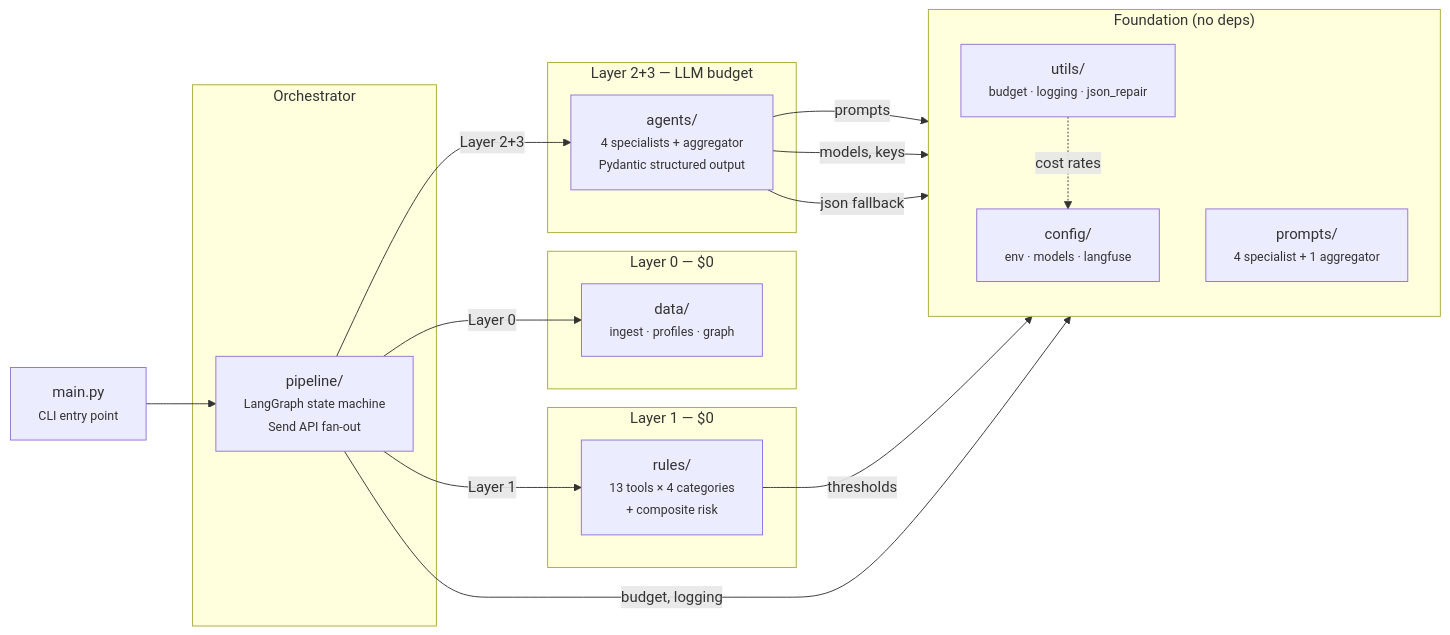
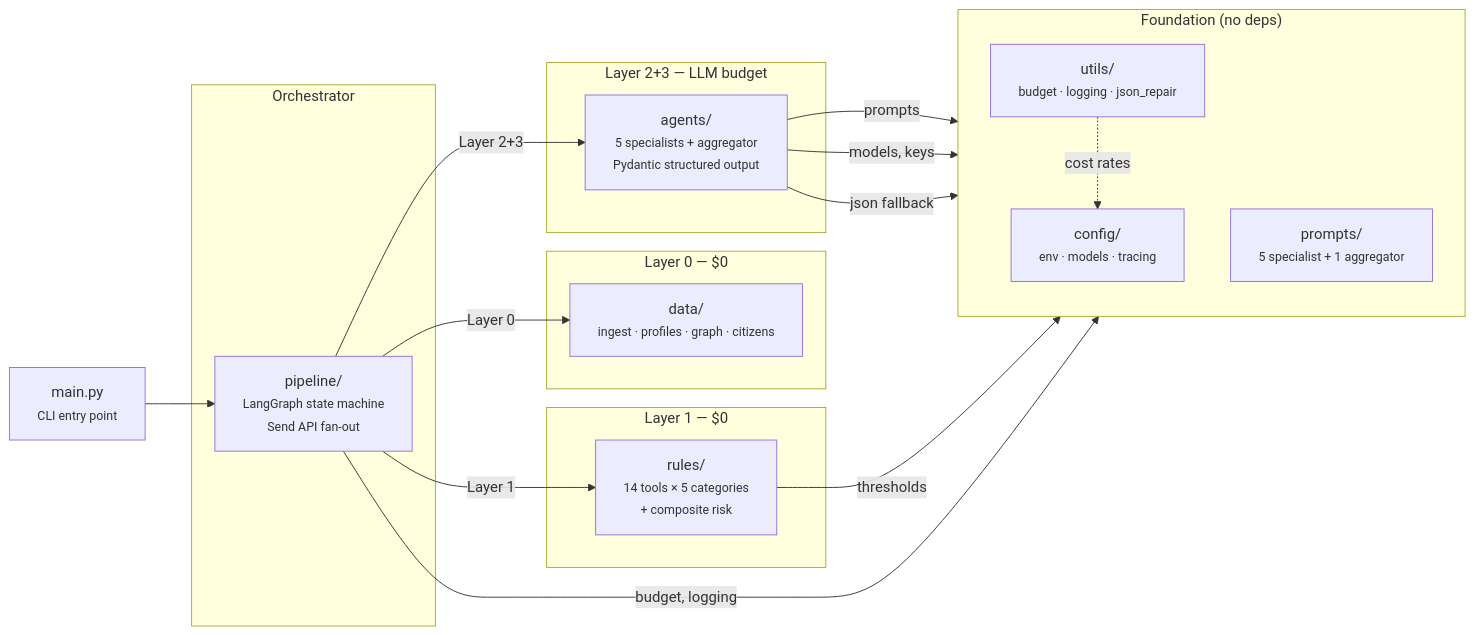
One commit to EthanITA/fraud-detection-hackathon changed the first of 2 diagrams in README.md. Above: the diagram before and after it, drawn with Mermaid. The commit also changed other lines of this file and 15 other files, not shown here.

````diff
--- a/README.md
+++ b/README.md
@@ -127,40 +129,40 @@
 ```mermaid
 flowchart LR
     subgraph foundation ["Foundation (no deps)"]
         direction TB
-        CONFIG["config/\n<small>env · models · langfuse</small>"]
+        CONFIG["config/\n<small>env · models · tracing</small>"]
         UTILS["utils/\n<small>budget · logging · json_repair</small>"]
-        PROMPTS["prompts/\n<small>4 specialist + 1 aggregator</small>"]
+        PROMPTS["prompts/\n<small>5 specialist + 1 aggregator</small>"]
     end
 
     subgraph layer0 ["Layer 0 — $0"]
-        DATA["data/\n<small>ingest · profiles · graph</small>"]
+        DATA["data/\n<small>ingest · profiles · graph · citizens</small>"]
     end
 
     subgraph layer1 ["Layer 1 — $0"]
-        RULES["rules/\n<small>13 tools × 4 categories\n+ composite risk</small>"]
+        RULES["rules/\n<small>14 tools × 5 categories\n+ composite risk</small>"]
     end
 
     subgraph layer23 ["Layer 2+3 — LLM budget"]
-        AGENTS["agents/\n<small>4 specialists + aggregator\nPydantic structured output</small>"]
+        AGENTS["agents/\n<small>5 specialists + aggregator\nPydantic structured output</small>"]
     end
 
     subgraph orchestrator ["Orchestrator"]
         PIPELINE["pipeline/\n<small>LangGraph state machine\nSend API fan-out</small>"]
     end
 
     MAIN["main.py\n<small>CLI entry point</small>"]
 
     UTILS -.->|cost rates| CONFIG
     AGENTS -->|prompts| PROMPTS
     AGENTS -->|models, keys| CONFIG
     AGENTS -->|json fallback| UTILS
     RULES -->|thresholds| CONFIG
 
     PIPELINE -->|Layer 0| DATA
     PIPELINE -->|Layer 1| RULES
     PIPELINE -->|Layer 2+3| AGENTS
     PIPELINE -->|budget, logging| UTILS
 
     MAIN --> PIPELINE
 ```
````
